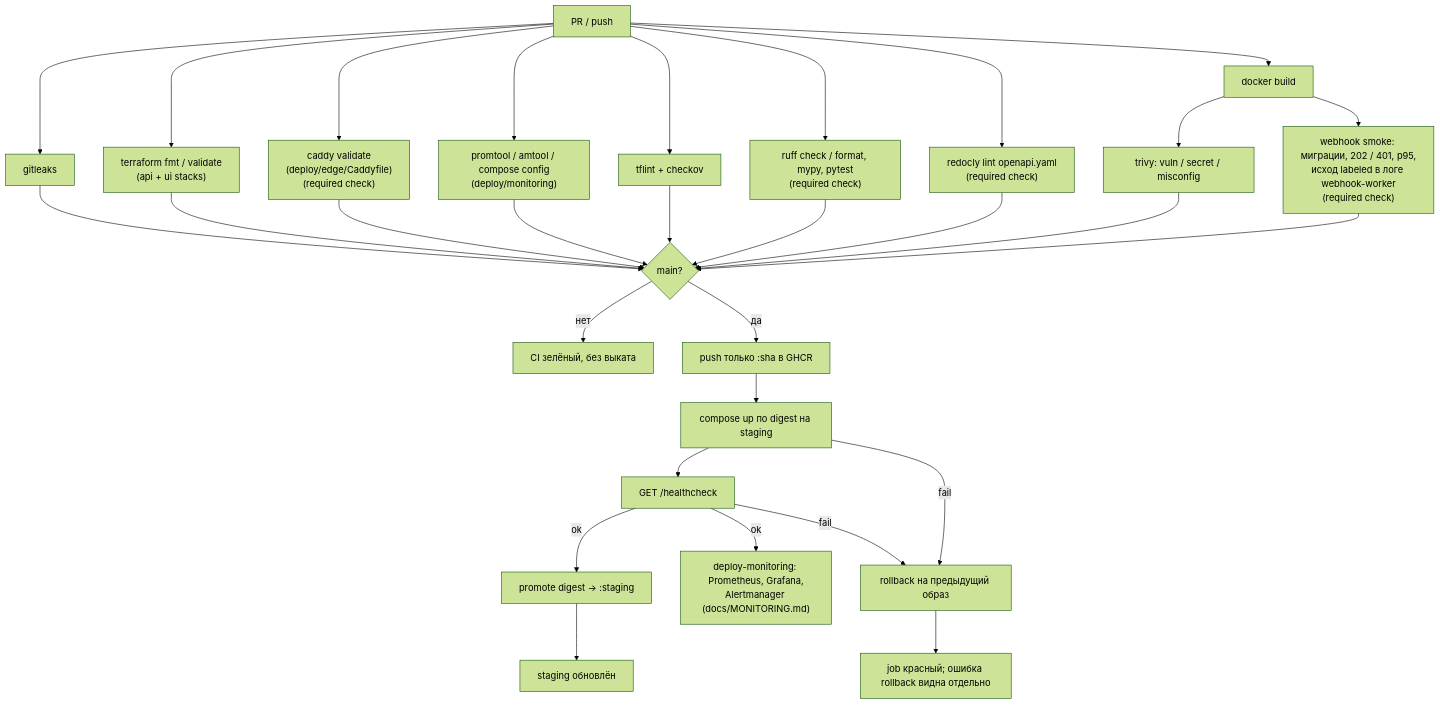
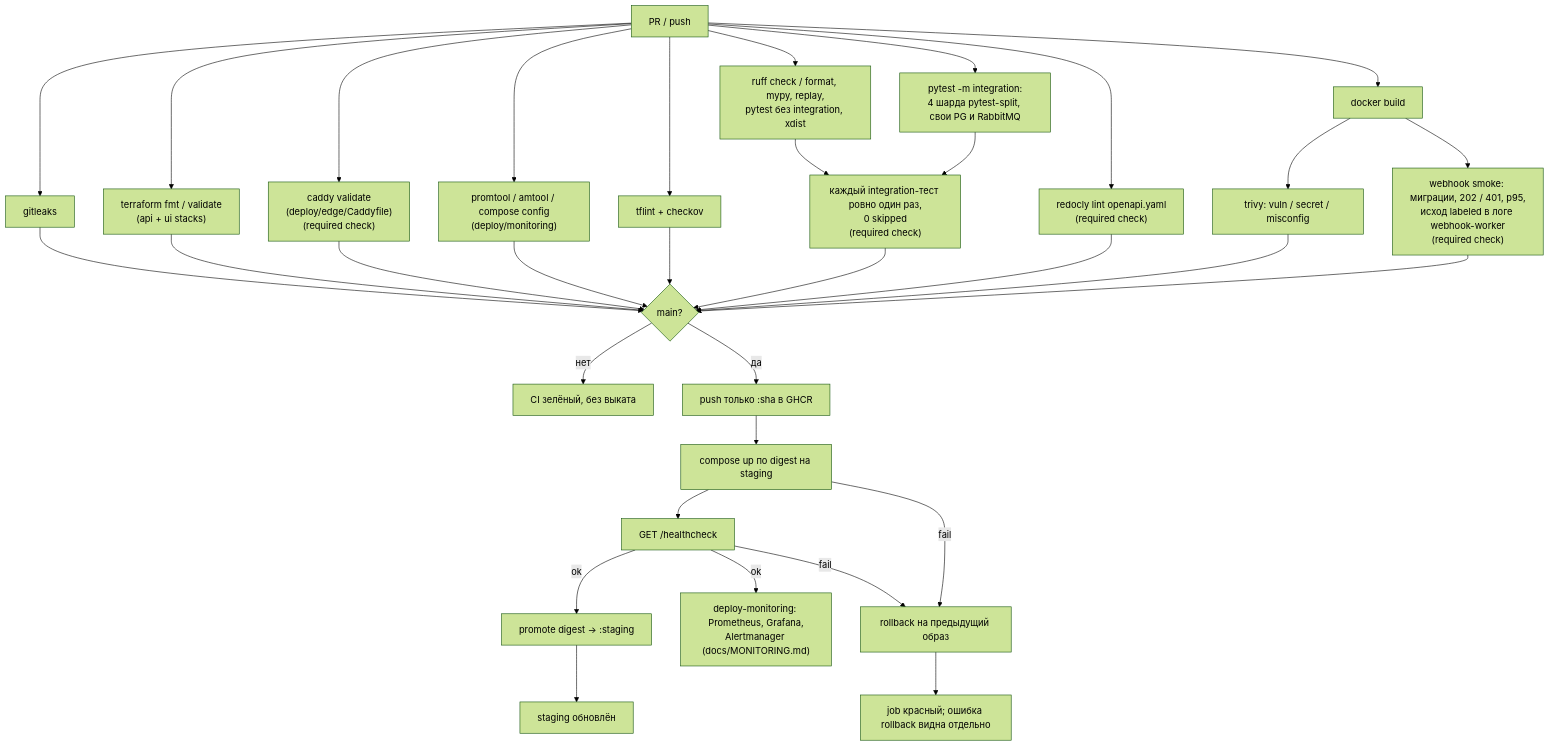
The diagram in docs/CICD.md (larchanka-training/dmc-268-api-t6), drawn with Mermaid (forest theme) before and after one commit. The commit also changed other lines of this file and 4 other files, not shown here.

````diff
--- a/docs/CICD.md
+++ b/docs/CICD.md
@@ -15,32 +15,35 @@
 ```mermaid
 flowchart TD
   pr["PR / push"] --> secrets["gitleaks"]
   pr --> tf["terraform fmt / validate\n(api + ui stacks)"]
   pr --> caddy["caddy validate\n(deploy/edge/Caddyfile)\n(required check)"]
   pr --> mon["promtool / amtool / compose config\n(deploy/monitoring)"]
   pr --> lint["tflint + checkov"]
-  pr --> py["ruff check / format, mypy, pytest\n(required check)"]
+  pr --> unit["ruff check / format, mypy, replay,\npytest без integration, xdist"]
+  pr --> integ["pytest -m integration:\n4 шарда pytest-split, свои PG и RabbitMQ"]
+  unit --> py["каждый integration-тест ровно один раз,\n0 skipped\n(required check)"]
+  integ --> py
   pr --> oas["redocly lint openapi.yaml\n(required check)"]
   pr --> build["docker build"]
   build --> scan["trivy: vuln / secret / misconfig"]
   build --> smoke["webhook smoke: миграции, 202 / 401, p95,\nисход labeled в логе webhook-worker\n(required check)"]
   secrets --> gate{"main?"}
   py --> gate
   tf --> gate
   caddy --> gate
   mon --> gate
   lint --> gate
   scan --> gate
   oas --> gate
   smoke --> gate
   gate -->|нет| stop["CI зелёный, без выката"]
   gate -->|да| push["push только :sha в GHCR"]
   push --> deploy["compose up по digest на staging"]
   deploy --> health["GET /healthcheck"]
   health -->|ok| promote["promote digest → :staging"]
   promote --> done["staging обновлён"]
   health -->|ok| monitoring["deploy-monitoring: Prometheus, Grafana,\nAlertmanager (docs/MONITORING.md)"]
   health -->|fail| rb["rollback на предыдущий образ"]
   deploy -->|fail| rb
   rb --> fail["job красный; ошибка rollback видна отдельно"]
 ```
````
